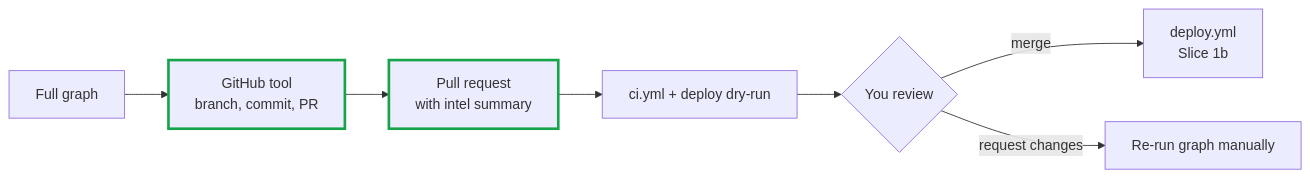
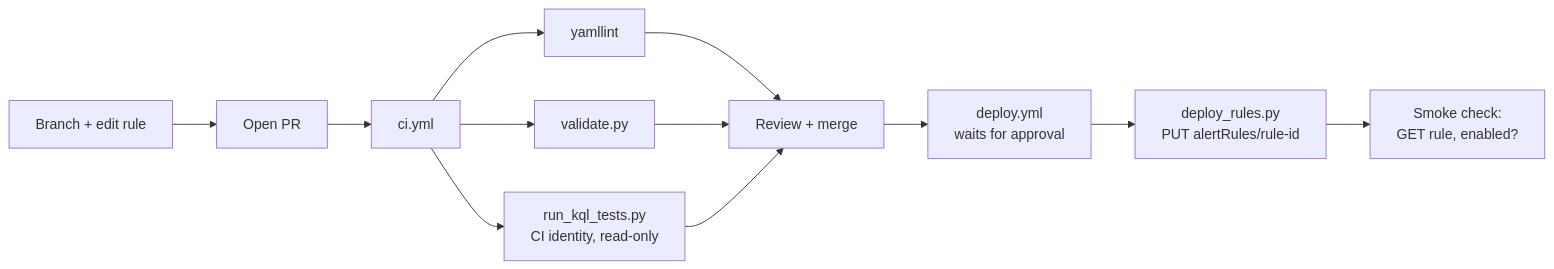
One commit to ai-devops-learning/detection-as-code-sentinel changed the third of 4 diagrams in README.md. Above: the diagram before and after it, drawn with Mermaid. The commit also changed other lines of this file and 8 other files, not shown here.

````diff
--- a/README.md
+++ b/README.md
@@ -560,10 +510,12 @@
 ```mermaid
 flowchart LR
-    G[Full graph] --> B[GitHub tool<br/>branch, commit, PR]:::new
-    B --> PR[Pull request<br/>with intel summary]:::new
-    PR --> CI[ci.yml + deploy dry-run]
-    CI --> RV{You review}
-    RV -- merge --> DY[deploy.yml<br/>Slice 1b]
-    RV -- request changes --> X[Re-run graph manually]
-    classDef new stroke:#16a34a,stroke-width:3px
+    A[Branch + edit rule] --> B[Open PR]
+    B --> C[ci.yml]
+    C --> C1[yamllint]
+    C --> C2[validate.py]
+    C --> C3[run_kql_tests.py<br/>CI identity, read-only]
+    C1 & C2 & C3 --> D[Review + merge]
+    D --> E[deploy.yml<br/>waits for approval]
+    E --> F[deploy_rules.py<br/>PUT alertRules/rule-id]
+    F --> G[Smoke check:<br/>GET rule, enabled?]
 ```
````
